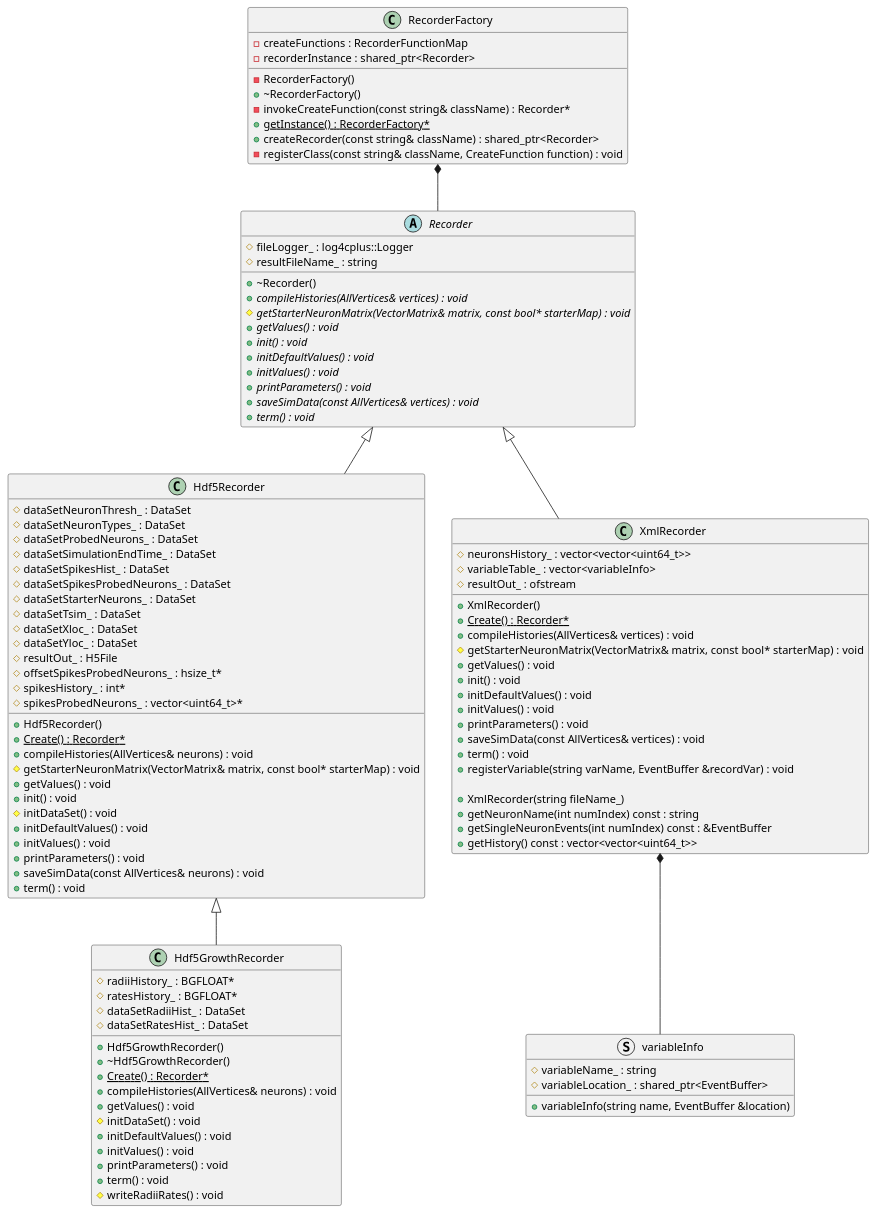
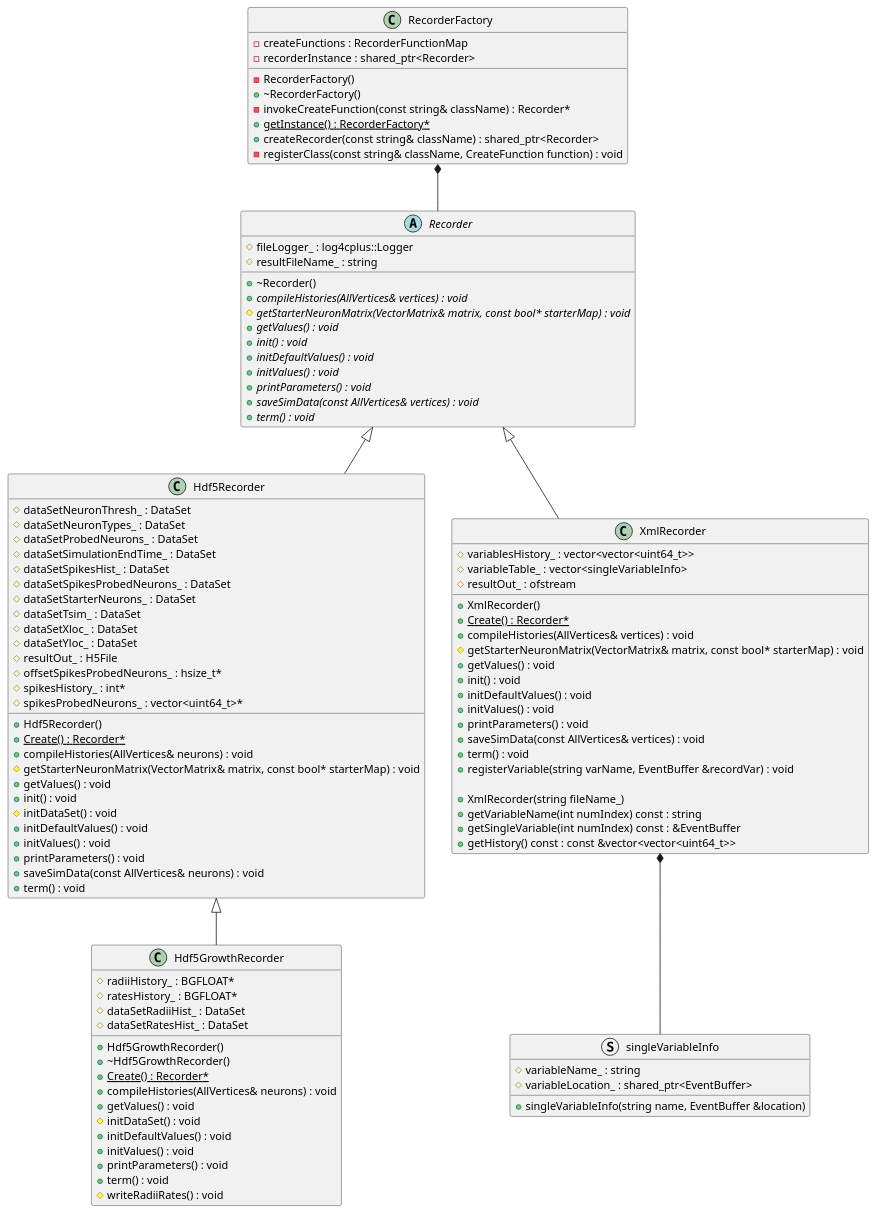
Before and after one commit to UWB-Biocomputing/Graphitti: the diagram in docs/Developer/ClassDiagrams/recorder.puml, drawn with PlantUML. The commit also changed 4 other files, not shown here.

Commit message:
changed variable names for xml recorder

```diff
--- a/docs/Developer/ClassDiagrams/recorder.puml
+++ b/docs/Developer/ClassDiagrams/recorder.puml
@@ -1,144 +1,144 @@
 @startuml RecorderClassDiagram
 
 
 
 
 
 /' Objects '/
 
 class Hdf5GrowthRecorder {
 	+Hdf5GrowthRecorder()
 	+~Hdf5GrowthRecorder()
 	#radiiHistory_ : BGFLOAT*
 	#ratesHistory_ : BGFLOAT*
 	#dataSetRadiiHist_ : DataSet
 	#dataSetRatesHist_ : DataSet
 	+{static} Create() : Recorder*
 	+compileHistories(AllVertices& neurons) : void
 	+getValues() : void
 	#initDataSet() : void
 	+initDefaultValues() : void
 	+initValues() : void
 	+printParameters() : void
 	+term() : void
 	#writeRadiiRates() : void
 }
 
 
 class Hdf5Recorder {
 	+Hdf5Recorder()
 	#dataSetNeuronThresh_ : DataSet
 	#dataSetNeuronTypes_ : DataSet
 	#dataSetProbedNeurons_ : DataSet
 	#dataSetSimulationEndTime_ : DataSet
 	#dataSetSpikesHist_ : DataSet
 	#dataSetSpikesProbedNeurons_ : DataSet
 	#dataSetStarterNeurons_ : DataSet
 	#dataSetTsim_ : DataSet
 	#dataSetXloc_ : DataSet
 	#dataSetYloc_ : DataSet
 	#resultOut_ : H5File
 	+{static} Create() : Recorder*
 	#offsetSpikesProbedNeurons_ : hsize_t*
 	#spikesHistory_ : int*
 	#spikesProbedNeurons_ : vector<uint64_t>*
 	+compileHistories(AllVertices& neurons) : void
 	#getStarterNeuronMatrix(VectorMatrix& matrix, const bool* starterMap) : void
 	+getValues() : void
 	+init() : void
 	#initDataSet() : void
 	+initDefaultValues() : void
 	+initValues() : void
 	+printParameters() : void
 	+saveSimData(const AllVertices& neurons) : void
 	+term() : void
 }
 
 
 abstract class Recorder {
 	+~Recorder()
 	#fileLogger_ : log4cplus::Logger
 	#resultFileName_ : string
 	+{abstract} compileHistories(AllVertices& vertices) : void
 	#{abstract} getStarterNeuronMatrix(VectorMatrix& matrix, const bool* starterMap) : void
 	+{abstract} getValues() : void
 	+{abstract} init() : void
 	+{abstract} initDefaultValues() : void
 	+{abstract} initValues() : void
 	+{abstract} printParameters() : void
 	+{abstract} saveSimData(const AllVertices& vertices) : void
 	+{abstract} term() : void
 }
 
 
 class RecorderFactory {
 	-RecorderFactory()
 	+~RecorderFactory()
 	-invokeCreateFunction(const string& className) : Recorder*
 	+{static} getInstance() : RecorderFactory*
 	-createFunctions : RecorderFunctionMap
 	+createRecorder(const string& className) : shared_ptr<Recorder>
 	-recorderInstance : shared_ptr<Recorder>
 	-registerClass(const string& className, CreateFunction function) : void
 }
 
 
 class XmlRecorder {
 	+XmlRecorder()
 	+{static} Create() : Recorder*
-	#neuronsHistory_ : vector<vector<uint64_t>>
-	#variableTable_ : vector<variableInfo>
+	#variablesHistory_ : vector<vector<uint64_t>>
+	#variableTable_ : vector<singleVariableInfo>
 	#resultOut_ : ofstream
 	+compileHistories(AllVertices& vertices) : void
 	#getStarterNeuronMatrix(VectorMatrix& matrix, const bool* starterMap) : void
 	+getValues() : void
 	+init() : void
 	+initDefaultValues() : void
 	+initValues() : void
 	+printParameters() : void
 	+saveSimData(const AllVertices& vertices) : void
 	+term() : void
 	+registerVariable(string varName, EventBuffer &recordVar) : void
 	
 	/' methods only used for unit test '/
 	+XmlRecorder(string fileName_)
-	+getNeuronName(int numIndex) const : string
-	+getSingleNeuronEvents(int numIndex) const : &EventBuffer
-	+getHistory() const : vector<vector<uint64_t>>
+	+getVariableName(int numIndex) const : string
+	+getSingleVariable(int numIndex) const : &EventBuffer
+	+getHistory() const : const &vector<vector<uint64_t>>
 }
 
-struct variableInfo {
+struct singleVariableInfo {
 	#variableName_ : string
 	#variableLocation_ : shared_ptr<EventBuffer>
-	+variableInfo(string name, EventBuffer &location)
+	+singleVariableInfo(string name, EventBuffer &location)
 }
 
 
 
 /' Inheritance relationships '/
 
 .Hdf5Recorder <|-- .Hdf5GrowthRecorder
 
 
 .Recorder <|-- .Hdf5Recorder
 
 
 .Recorder <|-- .XmlRecorder
 
 
 /' Aggregation relationships '/
 
 .RecorderFactory *-- .Recorder
 
 /' Composition relationships '/
 
-.XmlRecorder *-- .variableInfo
+.XmlRecorder *-- .singleVariableInfo
 
 
 
 
 /' Nested objects '/
 
 
 
 @enduml
```
